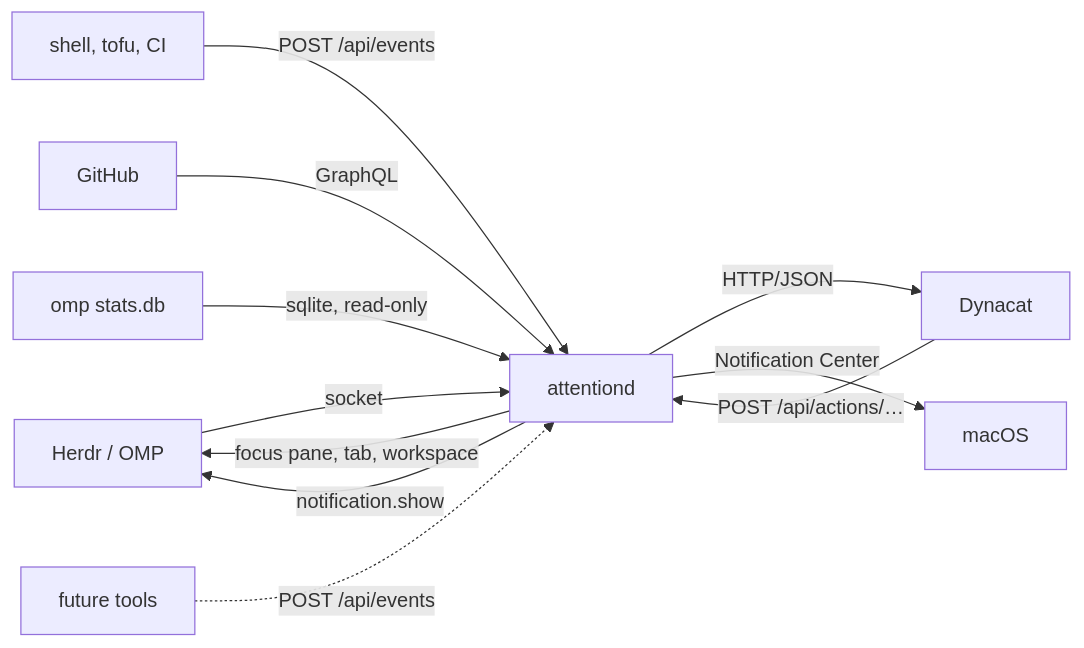
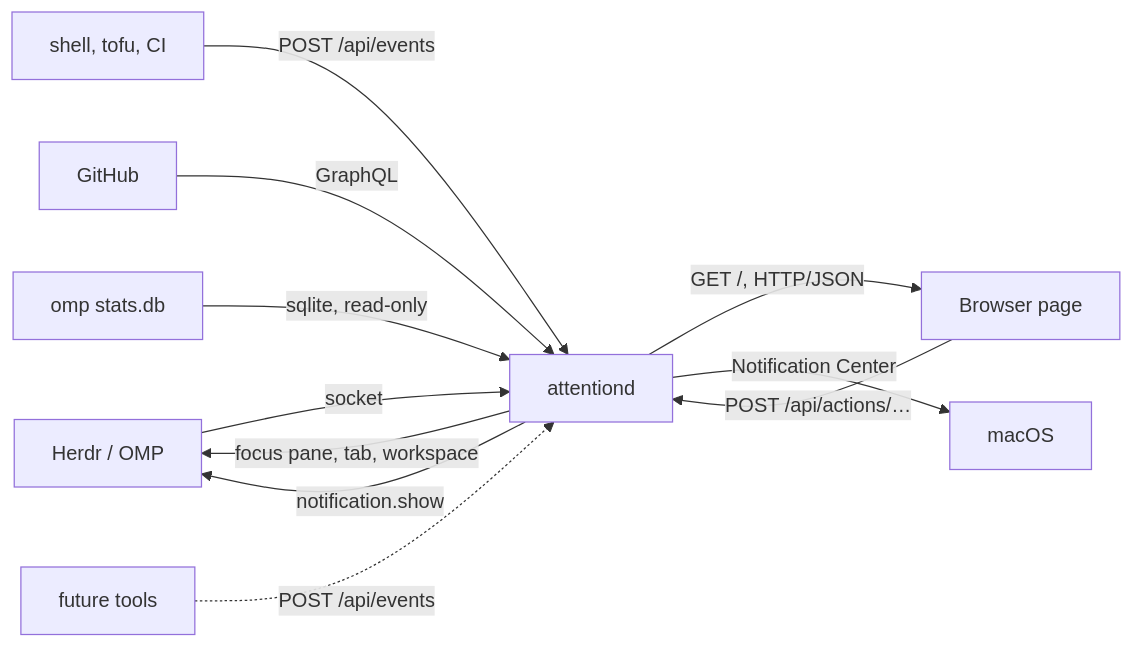
One commit to mach4-braai/attentiond changed the diagram in README.md. Above: the diagram before and after it, drawn with Mermaid. The commit also changed other lines of this file and 8 other files, not shown here.

First line of the commit message:
Serve the attention page from attentiond (#24)

````diff
--- a/README.md
+++ b/README.md
@@ -8,15 +8,15 @@
 ```mermaid
 flowchart LR
     herdr["Herdr / OMP"] -- "socket" --> attentiond
     shell["shell, tofu, CI"] -- "POST /api/events" --> attentiond
     github["GitHub"] -- "GraphQL" --> attentiond
     omp["omp stats.db"] -- "sqlite, read-only" --> attentiond
     future["future tools"] -. "POST /api/events" .-> attentiond
 
-    attentiond["attentiond"] -- "HTTP/JSON" --> dynacat["Dynacat"]
-    dynacat -- "POST /api/actions/…" --> attentiond
+    attentiond["attentiond"] -- "GET /, HTTP/JSON" --> page["Browser page"]
+    page -- "POST /api/actions/…" --> attentiond
 
     attentiond -- "focus pane, tab, workspace" --> herdr
     attentiond -- "notification.show" --> herdr
     attentiond -- "Notification Center" --> desktop["macOS"]
 ```
````
